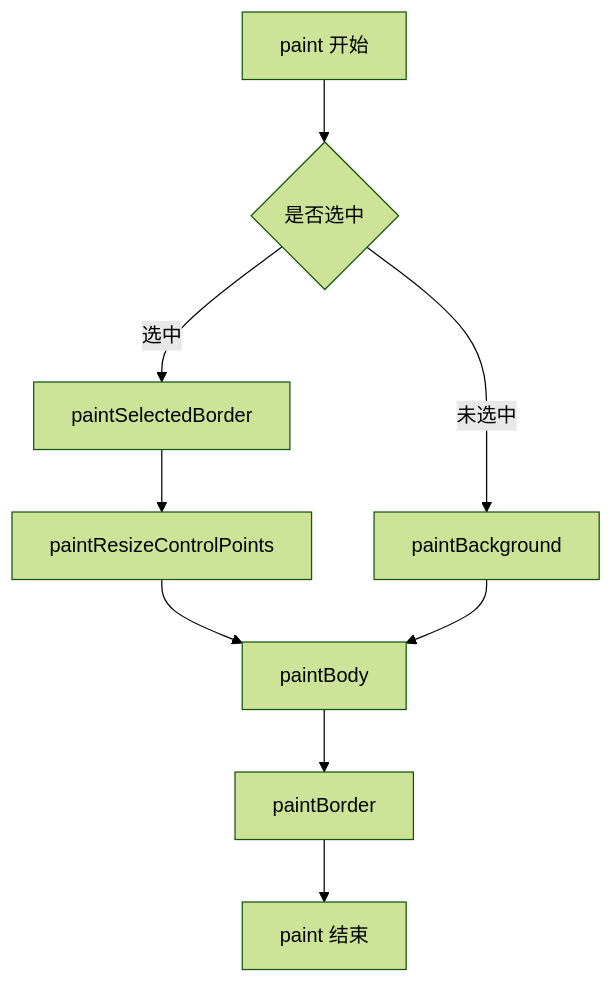
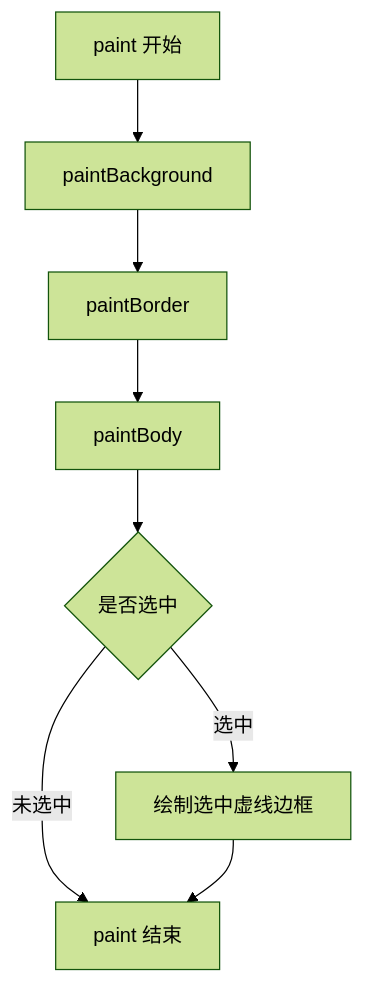
Before and after one commit to czyt1988/data-workbench: the third of 4 diagrams in docs/zh/dev-guide/graphics/scalable-graphic-module.md, drawn with Mermaid (forest theme). The commit also changed other lines of this file and 55 other files, not shown here.

````diff
--- a/docs/zh/dev-guide/graphics/scalable-graphic-module.md
+++ b/docs/zh/dev-guide/graphics/scalable-graphic-module.md
@@ -157,11 +158,10 @@
 ```mermaid
 flowchart TD
-    A[paint 开始] --> B{是否选中}
-    B -->|选中| C[paintSelectedBorder]
-    B -->|未选中| D[paintBackground]
-    C --> E[paintResizeControlPoints]
-    E --> F[paintBody]
-    D --> F
-    F --> G[paintBorder]
-    G --> H[paint 结束]
+    A[paint 开始] --> B[paintBackground]
+    B --> C[paintBorder]
+    C --> D[paintBody]
+    D --> E{是否选中}
+    E -->|选中| F[绘制选中虚线边框]
+    E -->|未选中| G[paint 结束]
+    F --> G
 ```
````
